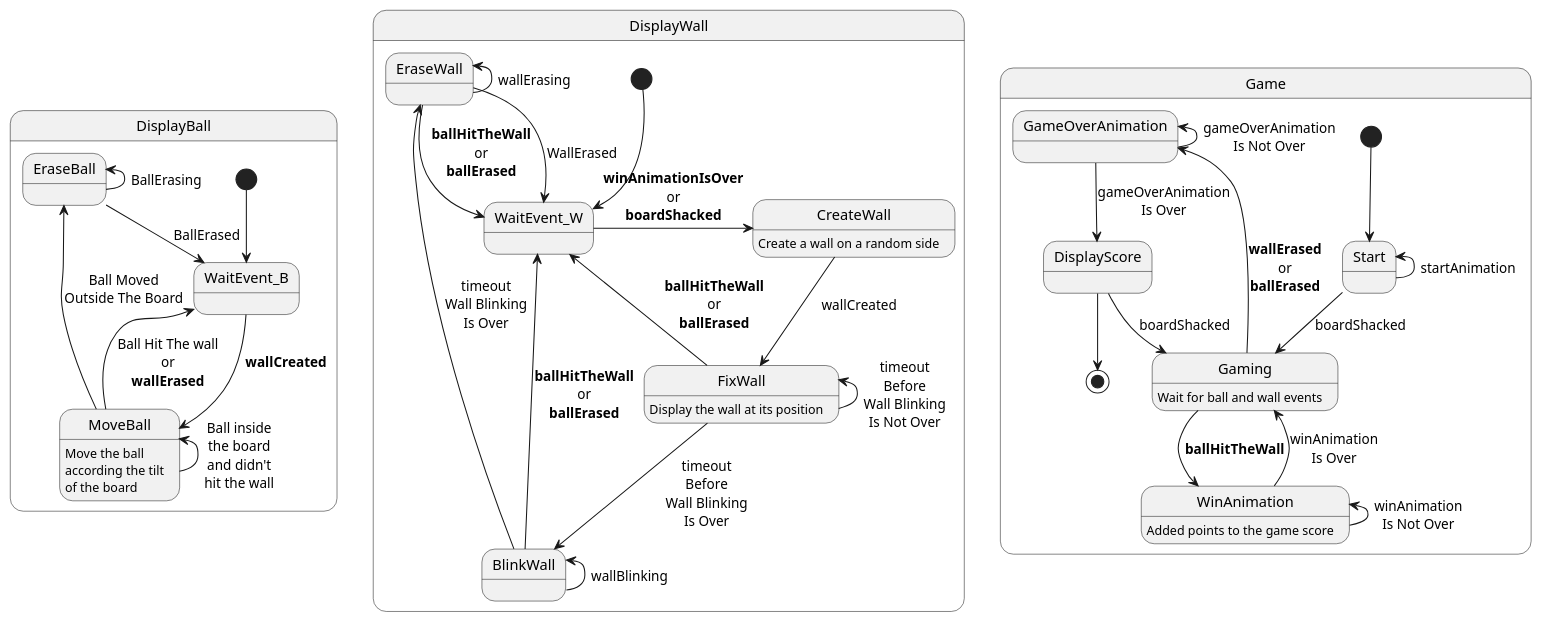
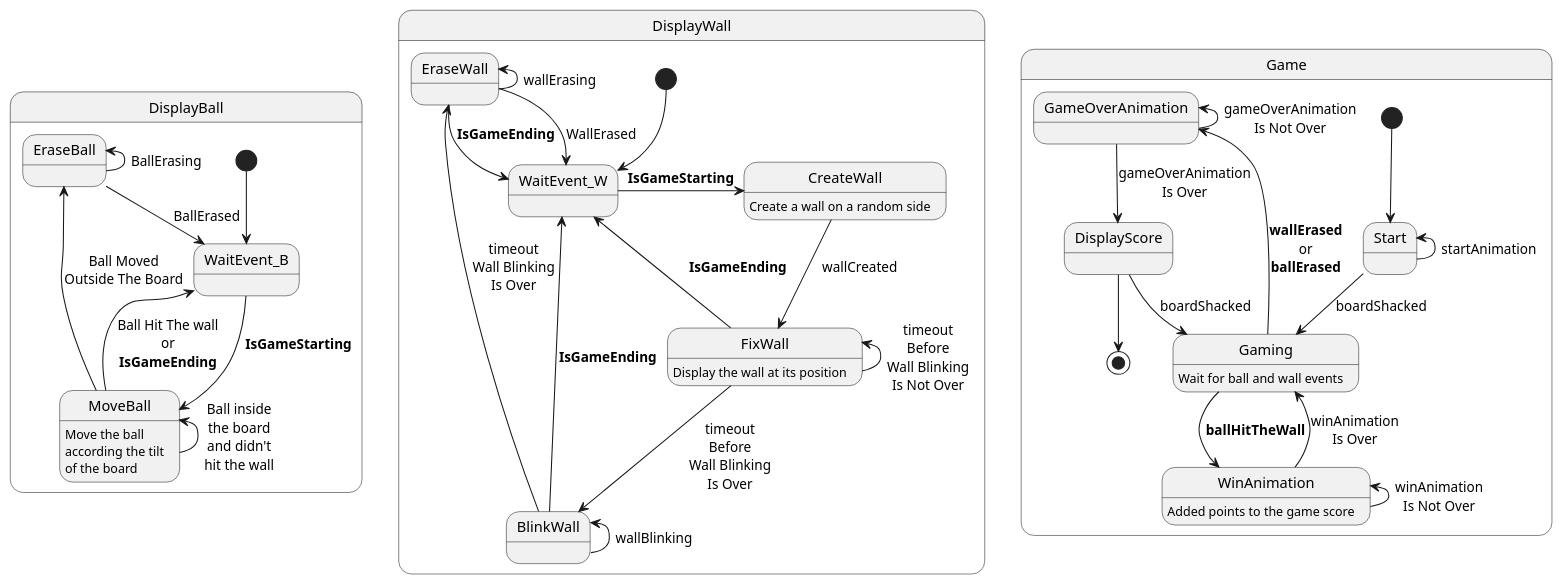
One commit to jebissey/GamesOfSkill changed the diagram in Arduino-nano/LedsPong/LedsPong.puml. Above: the diagram before and after it, drawn with PlantUML. The commit also changed 4 other files, not shown here.

```diff
--- a/Arduino-nano/LedsPong/LedsPong.puml
+++ b/Arduino-nano/LedsPong/LedsPong.puml
@@ -1,62 +1,62 @@
 @startuml
 
 state DisplayBall {
     [*] --> WaitEvent_B
 
-    WaitEvent_B -> MoveBall : **wallCreated**
+    WaitEvent_B -> MoveBall : **IsGameStarting**
 
     MoveBall : Move the ball\naccording the tilt\nof the board
     MoveBall -up-> MoveBall : Ball inside\nthe board\nand didn't\nhit the wall
     MoveBall --> EraseBall :  Ball Moved\nOutside The Board
-    MoveBall --> WaitEvent_B : Ball Hit The wall\nor\n**wallErased**
+    MoveBall --> WaitEvent_B : Ball Hit The wall\nor\n**IsGameEnding**
 
     EraseBall -up-> EraseBall : BallErasing
     EraseBall --> WaitEvent_B : BallErased
 
 }
 
 state DisplayWall {
     [*] --> WaitEvent_W
         
-    WaitEvent_W -> CreateWall : **winAnimationIsOver**\nor\n**boardShacked**
+    WaitEvent_W -> CreateWall : **IsGameStarting**
 
     CreateWall : Create a wall on a random side
     CreateWall --> FixWall : wallCreated
 
     FixWall : Display the wall at its position
     FixWall -up-> FixWall : timeout\nBefore\nWall Blinking\nIs Not Over
     FixWall --> BlinkWall : timeout\nBefore\nWall Blinking\nIs Over
-    FixWall ->  WaitEvent_W : **ballHitTheWall**\nor\n**ballErased**
+    FixWall ->  WaitEvent_W : **IsGameEnding**
     
     BlinkWall -up-> BlinkWall : wallBlinking
     BlinkWall --> EraseWall : timeout\nWall Blinking\nIs Over
-    BlinkWall ->  WaitEvent_W : **ballHitTheWall**\nor\n**ballErased**
+    BlinkWall ->  WaitEvent_W : **IsGameEnding**
 
     EraseWall -up-> EraseWall : wallErasing
     EraseWall --> WaitEvent_W : WallErased
-    EraseWall ->  WaitEvent_W : **ballHitTheWall**\nor\n**ballErased**
+    EraseWall ->  WaitEvent_W : **IsGameEnding**
 }
 
 state Game {
     [*] --> Start
 
     Start --> Gaming : boardShacked
     Start -up-> Start : startAnimation
 
     Gaming : Wait for ball and wall events
     Gaming --> GameOverAnimation : **wallErased**\nor\n**ballErased**
 
     Gaming --> WinAnimation : **ballHitTheWall**
 
     WinAnimation : Added points to the game score
     WinAnimation -up-> WinAnimation : winAnimation\nIs Not Over
     WinAnimation --> Gaming : winAnimation\nIs Over
 
     GameOverAnimation -up-> GameOverAnimation : gameOverAnimation\nIs Not Over
     GameOverAnimation --> DisplayScore : gameOverAnimation\nIs Over
 
     DisplayScore --> Gaming : boardShacked
     DisplayScore --> [*]
 }
 
 @enduml
```
